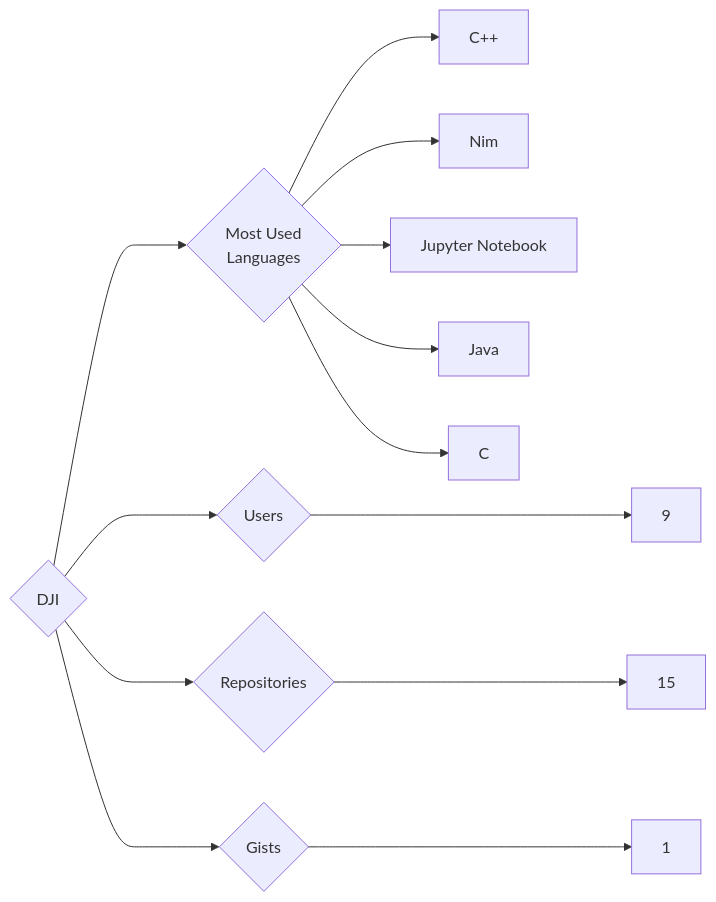
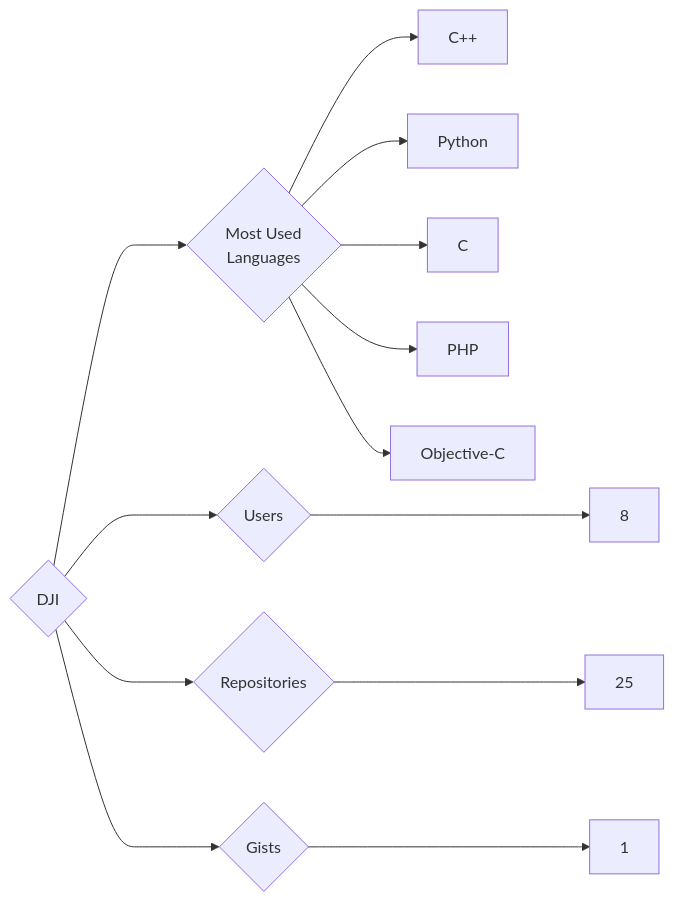
Before and after one commit to trickest/insiders: the diagram in targets/DJI/README.md, drawn with Mermaid. The commit also changed 998 other files, not shown here.

````diff
--- a/targets/DJI/README.md
+++ b/targets/DJI/README.md
@@ -3,13 +3,13 @@
 ```mermaid
 graph LR
 COMPANY_NAME{DJI}
-COMPANY_NAME ---> U{Users} ---> UN[9]
-COMPANY_NAME ---> R{Repositories} ---> RN[15]
+COMPANY_NAME ---> U{Users} ---> UN[8]
+COMPANY_NAME ---> R{Repositories} ---> RN[25]
 COMPANY_NAME ---> G{Gists} ---> GN[1]
 COMPANY_NAME ---> ML{Most Used<br>Languages}
 ML --> C++[C++]
-ML --> Nim[Nim]
-ML --> Jupyter_Notebook[Jupyter Notebook]
-ML --> Java[Java]
+ML --> Python[Python]
 ML --> C[C]
+ML --> PHP[PHP]
+ML --> Objective-C[Objective-C]
 ```
````
